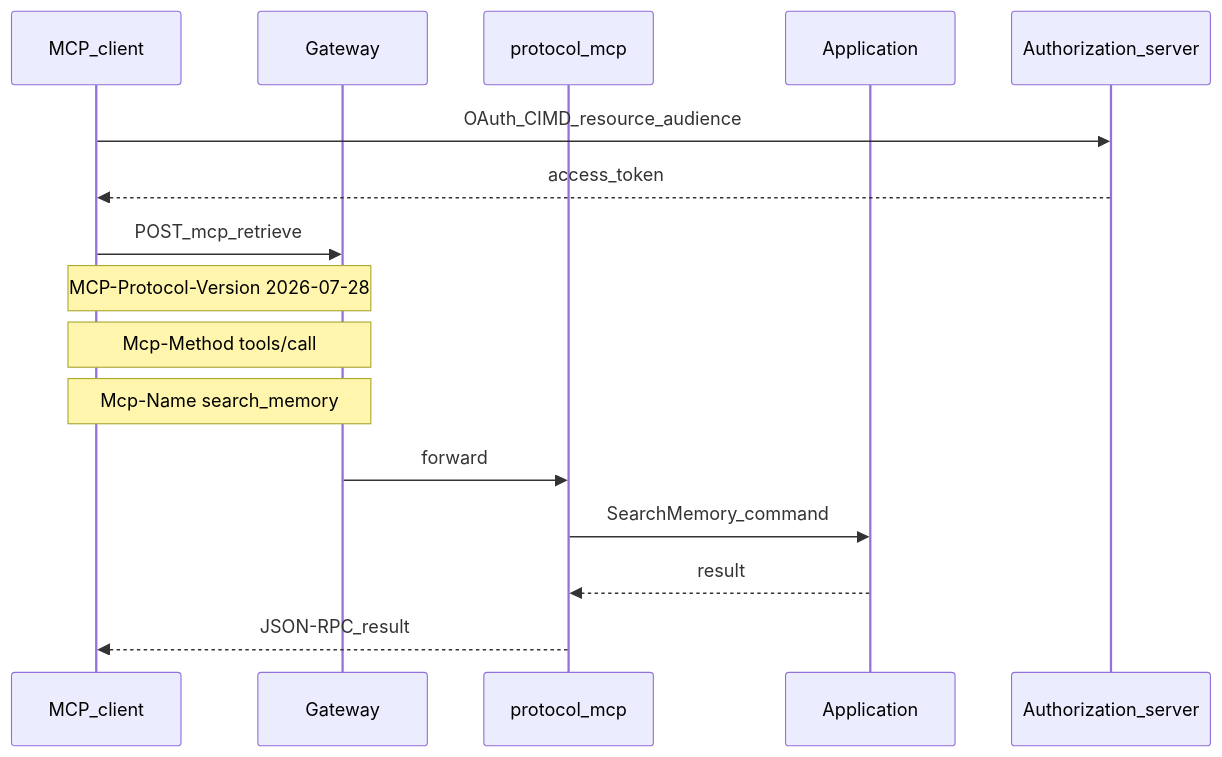
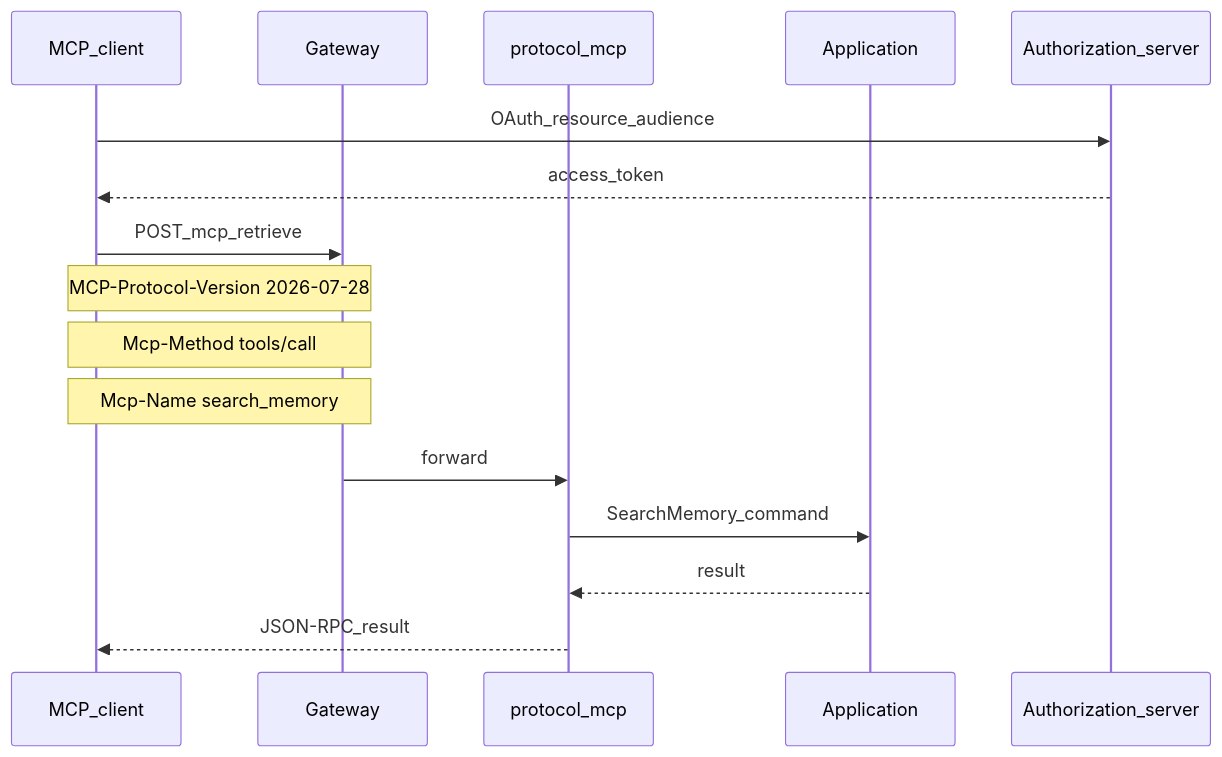
One commit to yu-iskw/kotowari changed diagram 14 of 18 in docs/system-design.md. Above: the diagram before and after it, drawn with Mermaid. The commit also changed other lines of this file and 35 other files, not shown here.

````diff
--- a/docs/system-design.md
+++ b/docs/system-design.md
@@ -708,18 +720,18 @@
 ```mermaid
 sequenceDiagram
   participant Client as MCP_client
   participant Gw as Gateway
   participant Mcp as protocol_mcp
   participant App as Application
   participant Idp as Authorization_server
-  Client->>Idp: OAuth_CIMD_resource_audience
+  Client->>Idp: OAuth_resource_audience
   Idp-->>Client: access_token
   Client->>Gw: POST_mcp_retrieve
   Note over Client,Gw: MCP-Protocol-Version 2026-07-28
   Note over Client,Gw: Mcp-Method tools/call
   Note over Client,Gw: Mcp-Name search_memory
   Gw->>Mcp: forward
   Mcp->>App: SearchMemory_command
   App-->>Mcp: result
   Mcp-->>Client: JSON-RPC_result
 ```
````
